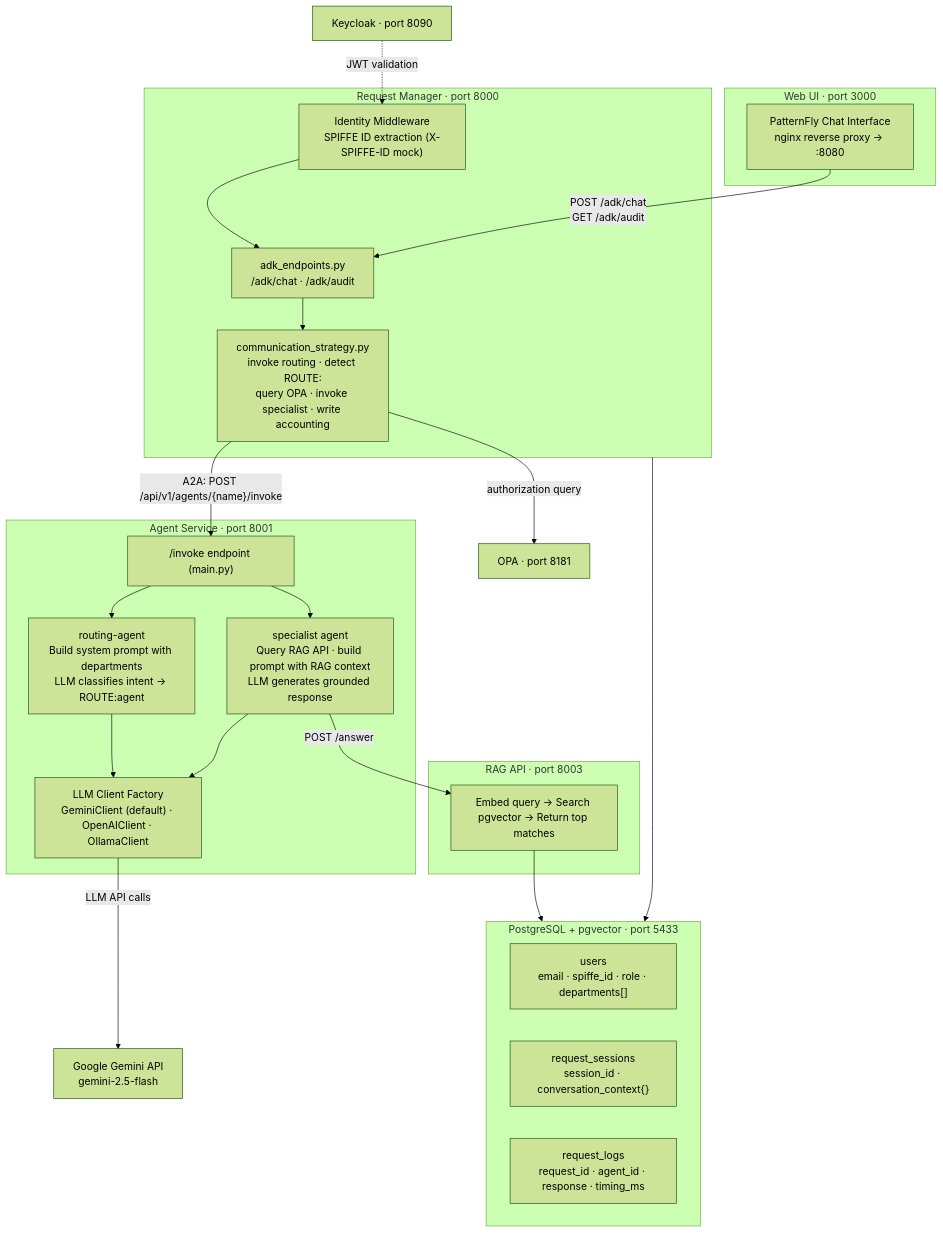
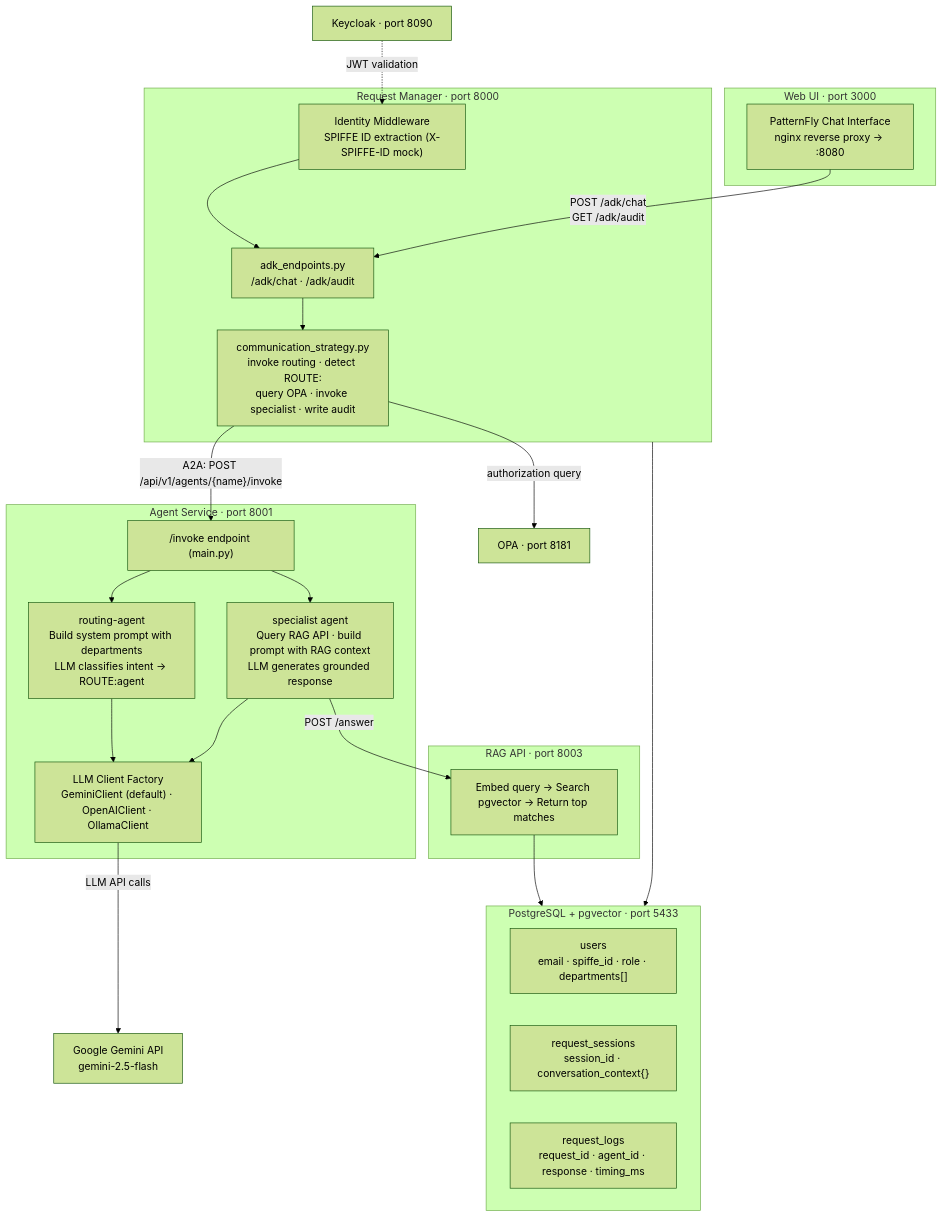
One commit to rh-ai-quickstart/agentic-partners-integration changed the first of 2 diagrams in docs/architecture.md. Above: the diagram before and after it, drawn with Mermaid (forest theme). The commit also changed other lines of this file and 11 other files, not shown here.

First line of the commit message:
Add audit trail UI, audit event logging, and fix Accounting→Audit naming

````diff
--- a/docs/architecture.md
+++ b/docs/architecture.md
@@ -5,46 +5,46 @@
 ```mermaid
 flowchart TB
     subgraph ui["Web UI · port 3000"]
         nginx["PatternFly Chat Interface\nnginx reverse proxy → :8080"]
     end
 
     subgraph rm["Request Manager · port 8000"]
         identity["Identity Middleware\nSPIFFE ID extraction (X-SPIFFE-ID mock)"]
         adk["adk_endpoints.py\n/adk/chat · /adk/audit"]
-        strategy["communication_strategy.py\ninvoke routing · detect ROUTE:\nquery OPA · invoke specialist · write accounting"]
+        strategy["communication_strategy.py\ninvoke routing · detect ROUTE:\nquery OPA · invoke specialist · write audit"]
         identity --> adk --> strategy
     end
 
     subgraph as["Agent Service · port 8001"]
         invoke["/invoke endpoint (main.py)"]
         routing["routing-agent\nBuild system prompt with departments\nLLM classifies intent → ROUTE:agent"]
         specialist["specialist agent\nQuery RAG API · build prompt with RAG context\nLLM generates grounded response"]
         llm["LLM Client Factory\nGeminiClient (default) · OpenAIClient · OllamaClient"]
         invoke --> routing & specialist
         routing --> llm
         specialist --> llm
     end
 
     subgraph rag["RAG API · port 8003"]
         ragapi["Embed query → Search pgvector → Return top matches"]
     end
 
     subgraph db["PostgreSQL + pgvector · port 5433"]
         users["users\nemail · spiffe_id · role · departments[]"]
         sessions["request_sessions\nsession_id · conversation_context{}"]
         logs["request_logs\nrequest_id · agent_id · response · timing_ms"]
     end
 
     gemini["Google Gemini API\ngemini-2.5-flash"]
     opa["OPA · port 8181"]
     keycloak["Keycloak · port 8090"]
 
     nginx -->|"POST /adk/chat\nGET /adk/audit"| adk
     strategy -->|"A2A: POST /api/v1/agents/{name}/invoke"| invoke
     strategy -->|"authorization query"| opa
     llm -->|"LLM API calls"| gemini
     specialist -->|"POST /answer"| ragapi
     ragapi --> db
     rm --> db
     keycloak -.->|"JWT validation"| identity
 ```
````
